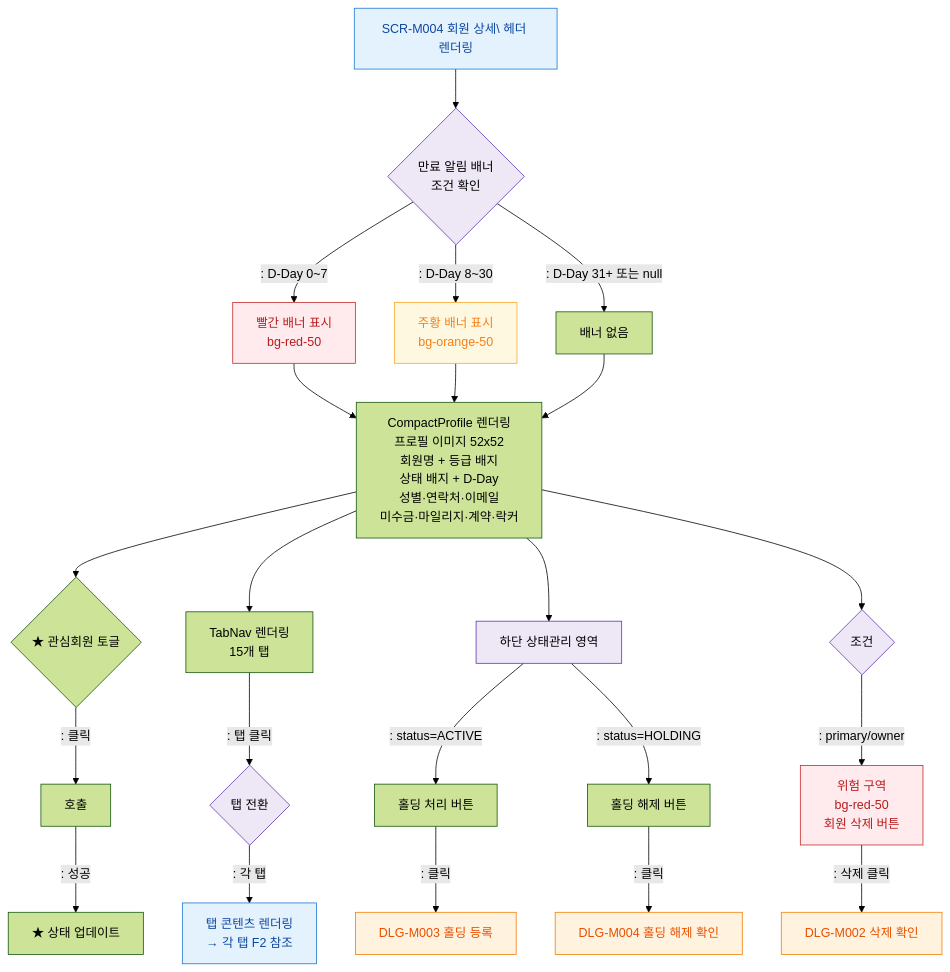
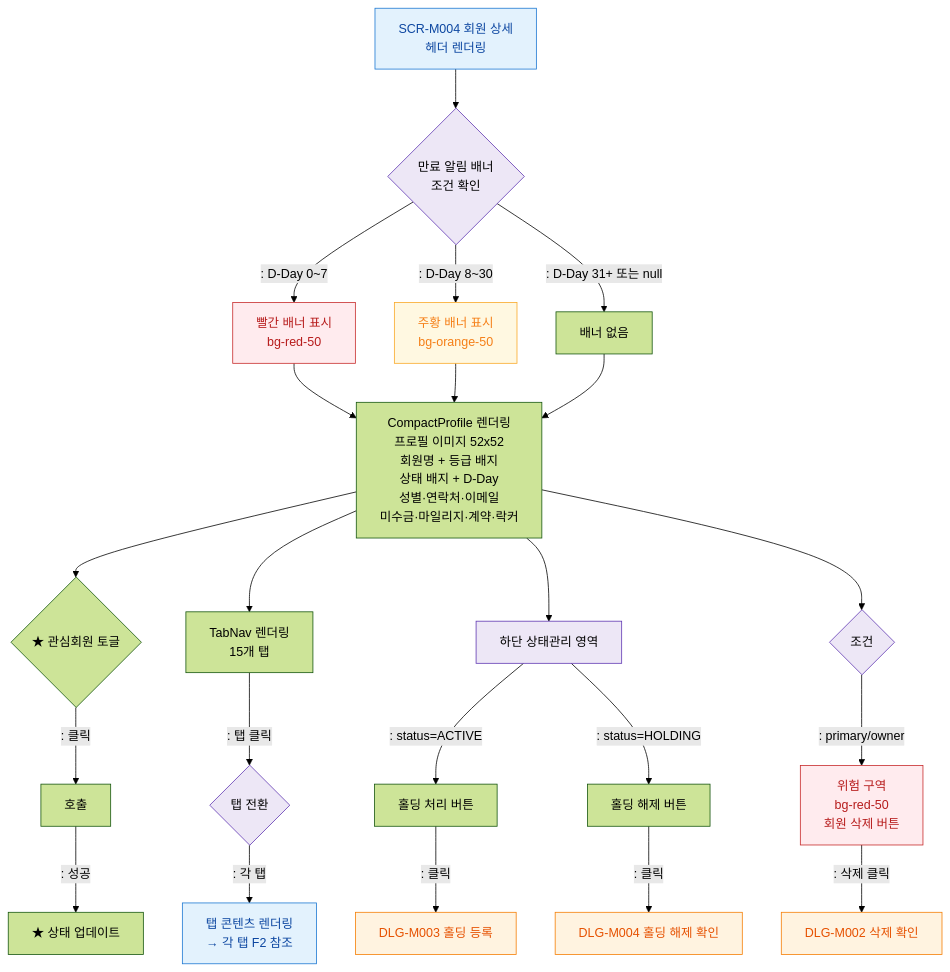
Before and after one commit to dev-spogym/admin-pando: the diagram in docs/admin/다이어그램/D02_회원관리/SCR-M004_회원상세/F2_메인.md, drawn with Mermaid (forest theme). The commit also changed 369 other files, not shown here.

````diff
--- a/docs/admin/다이어그램/D02_회원관리/SCR-M004_회원상세/F2_메인.md
+++ b/docs/admin/다이어그램/D02_회원관리/SCR-M004_회원상세/F2_메인.md
@@ -21,42 +21,42 @@
 ```mermaid
 flowchart TD
-  M004[SCR-M004 회원 상세\ 헤더 렌더링] --> BANNER{만료 알림 배너\n조건 확인}
+  M004[SCR-M004 회원 상세<br/> 헤더 렌더링] --> BANNER{만료 알림 배너\n조건 확인}
   BANNER -->|": D-Day 0~7"|BAN_RED[빨간 배너 표시\nbg-red-50]
   BANNER -->|": D-Day 8~30"|BAN_ORG[주황 배너 표시\nbg-orange-50]
   BANNER -->|": D-Day 31+ 또는 null"|BAN_NONE[배너 없음]
 
   BAN_RED --> PROFILE
   BAN_ORG --> PROFILE
   BAN_NONE --> PROFILE
 
   PROFILE[CompactProfile 렌더링\n프로필 이미지 52x52\n회원명 + 등급 배지\n상태 배지 + D-Day\n성별·연락처·이메일\n미수금·마일리지·계약·락커]
 
   PROFILE --> FAV{★ 관심회원 토글}
   FAV -->|": 클릭"|TOGGLE_FAV[호출]
   TOGGLE_FAV -->|": 성공"|FAV_UPD[★ 상태 업데이트]
 
   PROFILE --> TAB_NAV[TabNav 렌더링\n15개 탭]
   TAB_NAV -->|": 탭 클릭"|TAB_SWITCH{탭 전환}
   TAB_SWITCH -->|": 각 탭"|TAB_CONTENT[탭 콘텐츠 렌더링\n→ 각 탭 F2 참조]
 
   PROFILE --> STATUS_AREA[하단 상태관리 영역]
   STATUS_AREA -->|": status=ACTIVE"|BTN_HOLD[홀딩 처리 버튼]
   STATUS_AREA -->|": status=HOLDING"|BTN_UNHOLD[홀딩 해제 버튼]
   BTN_HOLD -->|": 클릭"|DLG_M003[DLG-M003 홀딩 등록]
   BTN_UNHOLD -->|": 클릭"|DLG_M004[DLG-M004 홀딩 해제 확인]
 
   PROFILE --> DANGER{조건}
   DANGER -->|": primary/owner"|DANGER_ZONE[위험 구역\nbg-red-50\n회원 삭제 버튼]
   DANGER_ZONE -->|": 삭제 클릭"|DLG_M002[DLG-M002 삭제 확인]
 
   classDef screen fill:#E3F2FD,stroke:#1976D2,color:#0D47A1
   classDef modal fill:#FFF3E0,stroke:#F57C00,color:#E65100
   classDef system fill:#EDE7F6,stroke:#5E35B2
   classDef warning fill:#FFF8E1,stroke:#F9A825,color:#F57F17
   classDef error fill:#FFEBEE,stroke:#C62828,color:#B71C1C
   class M004,TAB_CONTENT screen
   class DLG_M003,DLG_M004,DLG_M002 modal
   class BANNER,TAB_SWITCH,STATUS_AREA,DANGER system
   class BAN_ORG warning
   class BAN_RED,DANGER_ZONE error
 ```
````
